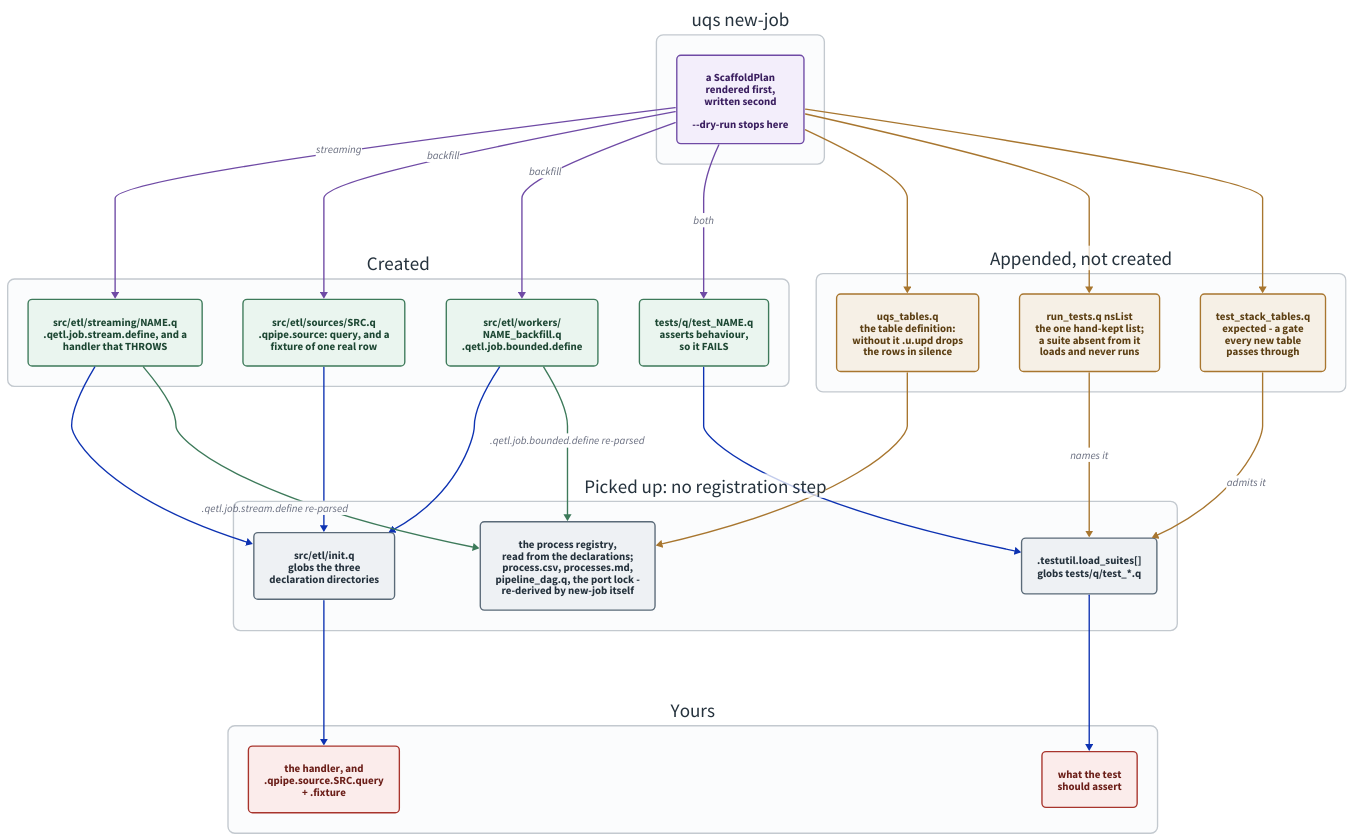
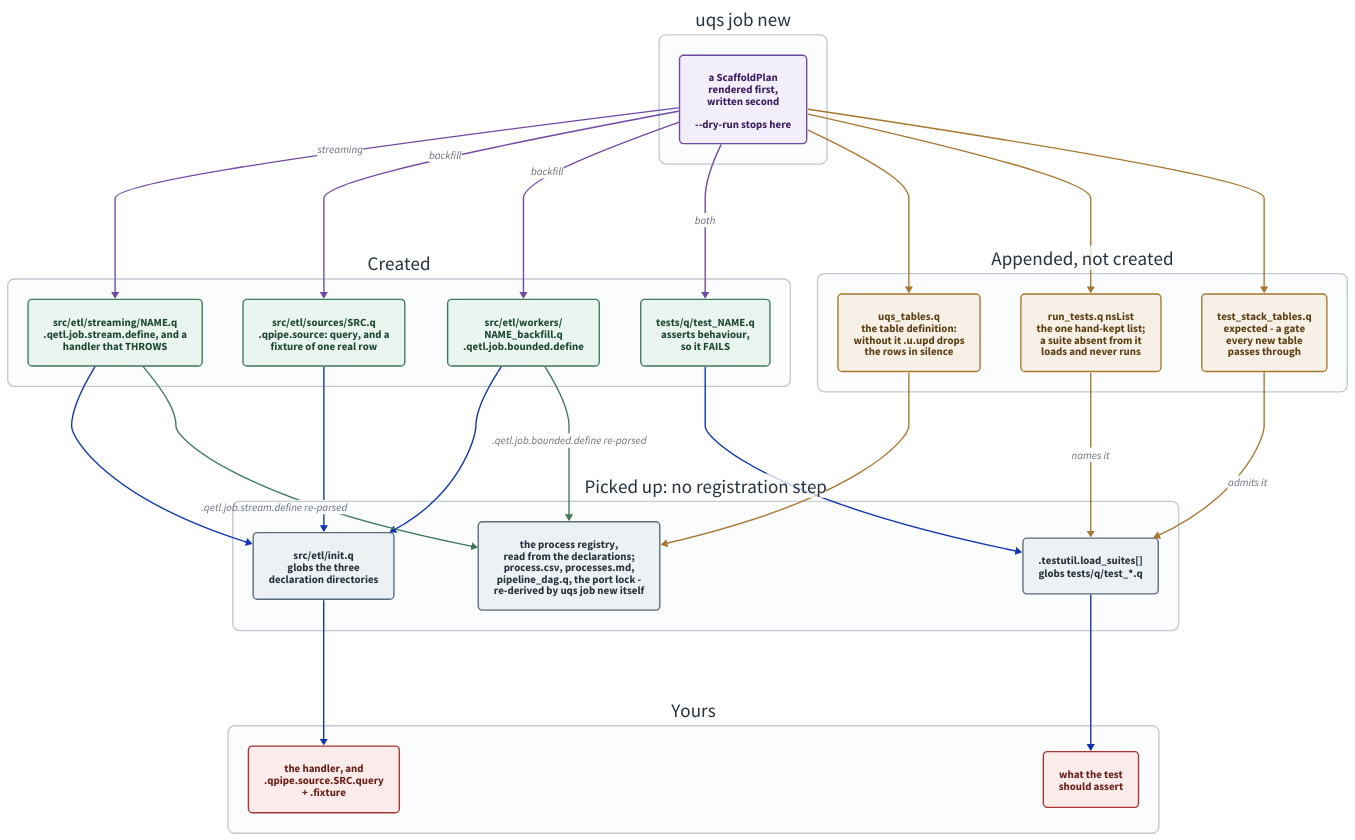
The diagram in docs/diagrams/scaffolding.d2 (kwojdalski/uqf), drawn with D2 before and after one commit. The commit also changed 42 other files, not shown here.

First line of the commit message:
uqs: the job-writing commands move under `uqs job`

```diff
--- a/docs/diagrams/scaffolding.d2
+++ b/docs/diagrams/scaffolding.d2
@@ -1,150 +1,150 @@
-# scaffolding.d2 - what `uqs new-job` writes, and what picks each file
+# scaffolding.d2 - what `uqs job new` writes, and what picks each file
 # up afterwards.
 #
 # Rendered by scripts/generate/render_diagrams.py, which CI runs with
 # --check. Embedded from docs/guides/new-pipeline.md.
 #
 # THE THING THIS DRAWS is that there is no registration step. Three
 # directories are globbed by src/etl/init.q and one by .testutil.load_suites,
 # so a new file is loaded because it exists - and the process registry is
 # READ from the job files' own declarations, so a job needs no entry
 # anywhere else. The APPENDS are the facts that are NOT derivable from the
 # tree - the table definition, nsList, the one hand-kept list of test
 # namespaces, and the q suite's list of tables, a deliberate gate - which is
 # why they are the only places the scaffold has to edit rather than create.
-# Everything derived, new-job regenerates itself before it returns, the port
+# Everything derived, uqs job new regenerates itself before it returns, the port
 # lock included.
 #
 # The other thing worth seeing is the red column. The scaffold writes the
 # SHAPE and never the logic: the generated handler throws and the generated
 # test fails, deliberately, because a scaffold that left something green
 # behind would make "generated" and "implemented" look the same from outside.
 # That is the state stack_smoke.py exists to catch - a process that is `up`,
 # heartbeating, and publishing nothing.
 #
 # ON DIRECTION. Down, not right, for the reason
 # pipeline-architecture-example.d2's own header gives: right rendered this
 # 2489x1370, and a page that shows a wide strip at its column width shrinks
 # every label past reading. Down is taller than wide, and a reader scrolls.
 # The bands still read in order - plan, created, appended, picked up, yours -
 # it is the axis that changed, so new-pipeline.md says "top to bottom".
 
 
 direction: down
 
 vars: {
   d2-config: {
     pad: 40
   }
 }
 
 classes: {
   command: {
     style: {
       fill: "#f3eefb"
       stroke: "#6f4aa5"
       font-color: "#3a1e5f"
       border-radius: 6
     }
   }
   created: {
     style: {
       fill: "#eaf5ef"
       stroke: "#3d7a5a"
       font-color: "#1d4733"
       border-radius: 6
     }
   }
   appended: {
     style: {
       fill: "#f6f0e6"
       stroke: "#a8762f"
       font-color: "#5c3f13"
       border-radius: 6
     }
   }
   derived: {
     style: {
       fill: "#eef1f4"
       stroke: "#5a6a78"
       font-color: "#25323d"
       border-radius: 6
     }
   }
   todo: {
     style: {
       fill: "#fbeceb"
       stroke: "#a8342c"
       font-color: "#6b1e18"
       border-radius: 6
     }
   }
   band: {
     style: {
       fill: "#fbfcfd"
       stroke: "#c3c9cf"
       stroke-width: 2
       border-radius: 10
       font-color: "#25323d"
     }
   }
 }
 
-cmd: "uqs new-job" {
+cmd: "uqs job new" {
   class: band
 
   plan: "a ScaffoldPlan\nrendered first,\nwritten second\n\n--dry-run stops here" { class: command }
 }
 
 written: "Created" {
   class: band
 
   job: "src/etl/streaming/NAME.q\n.qetl.job.stream.define, and a\nhandler that THROWS" { class: created }
   source: "src/etl/sources/SRC.q\n.qpipe.source: query, and a\nfixture of one real row" { class: created }
   worker: "src/etl/workers/\nNAME_backfill.q\n.qetl.job.bounded.define" { class: created }
   test: "tests/q/test_NAME.q\nasserts behaviour,\nso it FAILS" { class: created }
 }
 
 appended: "Appended, not created" {
   class: band
 
   tables: "uqs_tables.q\nthe table definition:\nwithout it .u.upd drops\nthe rows in silence" { class: appended }
   nslist: "run_tests.q nsList\nthe one hand-kept list;\na suite absent from it\nloads and never runs" { class: appended }
   tablelist: "test_stack_tables.q\nexpected - a gate\nevery new table\npasses through" { class: appended }
 }
 
 picked_up: "Picked up: no registration step" {
   class: band
 
   init: "src/etl/init.q\nglobs the three\ndeclaration directories" { class: derived }
   suites: ".testutil.load_suites[]\nglobs tests/q/test_*.q" { class: derived }
-  consumers: "the process registry,\nread from the declarations;\nprocess.csv, processes.md,\npipeline_dag.q, the port lock -\nre-derived by new-job itself" { class: derived }
+  consumers: "the process registry,\nread from the declarations;\nprocess.csv, processes.md,\npipeline_dag.q, the port lock -\nre-derived by uqs job new itself" { class: derived }
 }
 
 todo: "Yours" {
   class: band
 
   logic: "the handler, and\n.qpipe.source.SRC.query\n+ .fixture" { class: todo }
   assertion: "what the test\nshould assert" { class: todo }
 }
 
 cmd.plan -> written.job: "streaming" { style.stroke: "#6f4aa5" }
 cmd.plan -> written.source: "backfill" { style.stroke: "#6f4aa5" }
 cmd.plan -> written.worker: "backfill" { style.stroke: "#6f4aa5" }
 cmd.plan -> written.test: "both" { style.stroke: "#6f4aa5" }
 cmd.plan -> appended.tables { style.stroke: "#a8762f" }
 cmd.plan -> appended.nslist { style.stroke: "#a8762f" }
 cmd.plan -> appended.tablelist { style.stroke: "#a8762f" }
 
 written.job -> picked_up.init
 written.source -> picked_up.init
 written.worker -> picked_up.init
 written.test -> picked_up.suites
 appended.nslist -> picked_up.suites: "names it" { style.stroke: "#a8762f" }
 appended.tablelist -> picked_up.suites: "admits it" { style.stroke: "#a8762f" }
 appended.tables -> picked_up.consumers { style.stroke: "#a8762f" }
 written.job -> picked_up.consumers: ".qetl.job.stream.define re-parsed" { style.stroke: "#3d7a5a" }
 written.worker -> picked_up.consumers: ".qetl.job.bounded.define re-parsed" { style.stroke: "#3d7a5a" }
 
 picked_up.init -> todo.logic
 picked_up.suites -> todo.assertion
```
